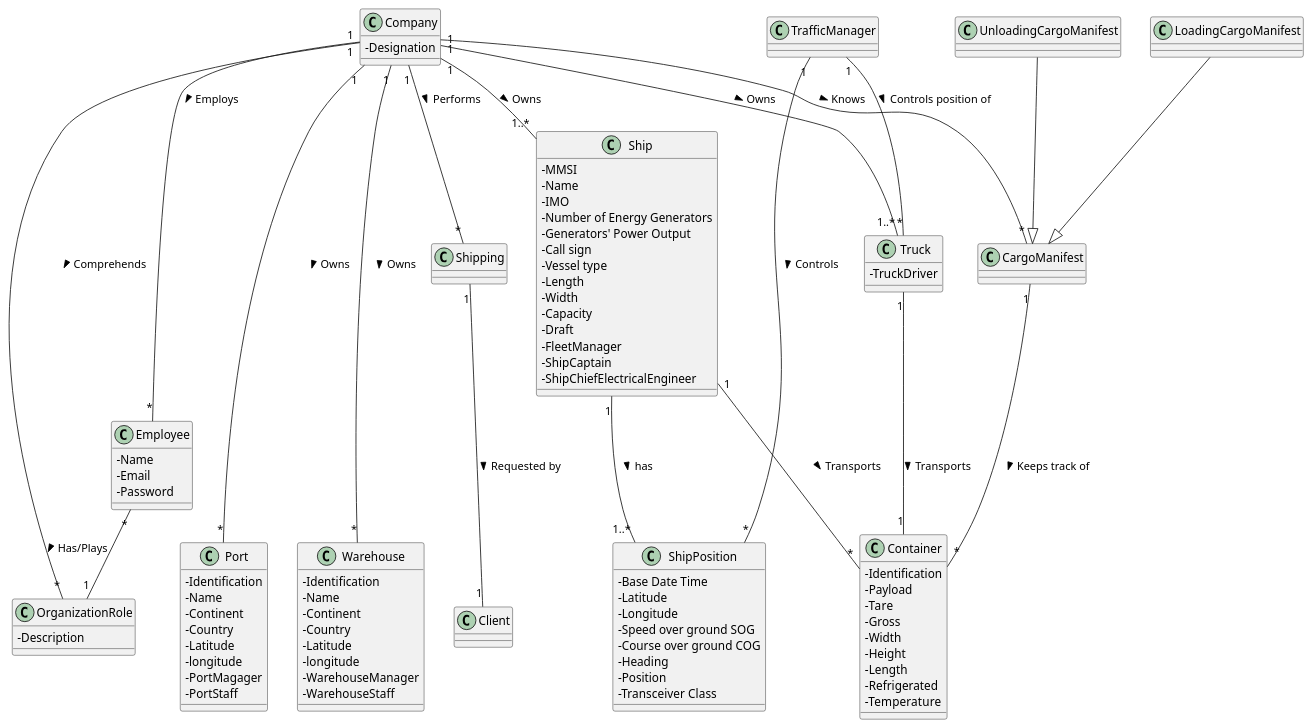
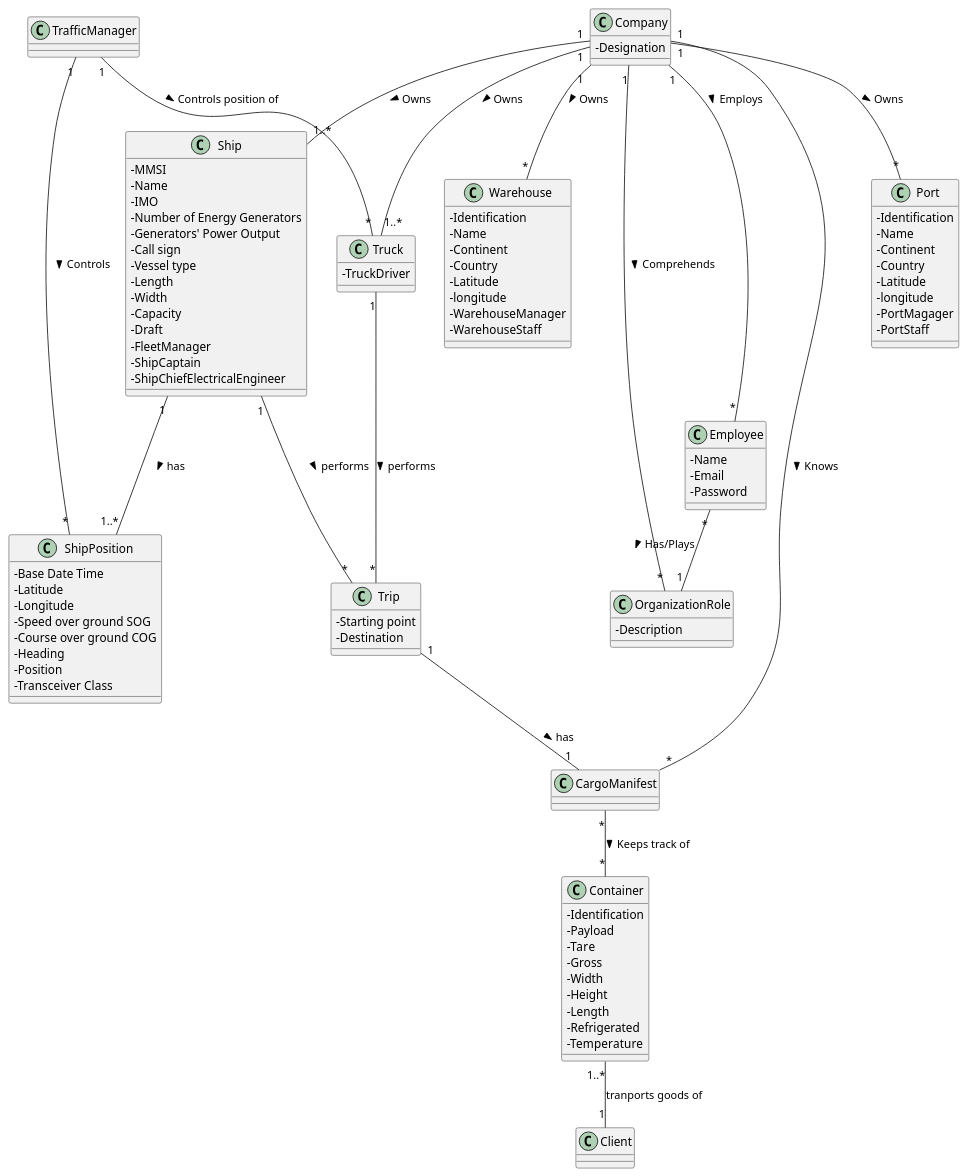
Before and after one commit to 1190772/LAB-Project-3: the diagram in docs/Sprint 2/Domain Model/Domain Model.puml, drawn with PlantUML. The commit also changed 1 other file, not shown here.

```diff
--- a/docs/Sprint 2/Domain Model/Domain Model.puml
+++ b/docs/Sprint 2/Domain Model/Domain Model.puml
@@ -1,115 +1,115 @@
 @startuml
 'https://plantuml.com/class-diagram
 
 skinparam classAttributeIconSize 0
 
 class Company {
 -Designation
 }
 
 class Container {
 -Identification
 -Payload
 -Tare
 -Gross
 -Width
 -Height
 -Length
 -Refrigerated
 -Temperature
 }
 
 class Ship {
 -MMSI
 -Name
 -IMO
 -Number of Energy Generators
 -Generators' Power Output
 -Call sign
 -Vessel type
 -Length
 -Width
 -Capacity
 -Draft
 -FleetManager
 -ShipCaptain
 -ShipChiefElectricalEngineer
 }
 
 class ShipPosition {
 -Base Date Time
 -Latitude
 -Longitude
 -Speed over ground SOG
 -Course over ground COG
 -Heading
 -Position
 -Transceiver Class
 }
 
 class Truck {
 -TruckDriver
 }
 
 class Client
 
 class Port {
 -Identification
 -Name
 -Continent
 -Country
 -Latitude
 -longitude
 -PortMagager
 -PortStaff
 }
 
 class Warehouse {
 -Identification
 -Name
 -Continent
 -Country
 -Latitude
 -longitude
 -WarehouseManager
 -WarehouseStaff
 }
 
 class Employee {
 -Name
 -Email
 -Password
 }
 
 class OrganizationRole {
 -Description
 }
 
 class TrafficManager
 
 class CargoManifest
 
-class UnloadingCargoManifest
+class Trip {
+-Starting point
+-Destination
+}
 
-class LoadingCargoManifest
-
-Company "1" -- "*" Shipping : Performs >
 Company "1" -- "1..*" Ship : Owns >
 Company "1" -- "1..*" Truck : Owns >
-Company "1" --- "*" Port : Owns >
-Company "1" --- "*" Warehouse : Owns >
+Company "1" -- "*" Port : Owns >
+Company "1" -- "*" Warehouse : Owns >
 Company "1" -- "*" Employee : Employs >
 Company "1" -- "*" CargoManifest : Knows >
 Company "1" --- "*" OrganizationRole : Comprehends >
 Employee "*" - "1" OrganizationRole : Has/Plays >
-Shipping "1" -- "1" Client : Requested by >
-Ship "1" -- "*" Container : Transports >
+Ship "1" -- "*" Trip : performs >
+Trip "1" -- "1" CargoManifest : has >
 Ship "1" -- "1..*" ShipPosition : has >
 TrafficManager "1" - "*" ShipPosition : Controls >
 TrafficManager "1" -- "*" Truck : Controls position of >
-Truck "1" -- "1" Container : Transports >
-UnloadingCargoManifest --|> CargoManifest
-LoadingCargoManifest --|> CargoManifest
-CargoManifest "1" -- "*" Container : Keeps track of >
+Truck "1" -- "*" Trip : performs >
+CargoManifest "*" -- "*" Container : Keeps track of >
+Container "1..*" -- "1" Client : tranports goods of
+
 
 @enduml
```
